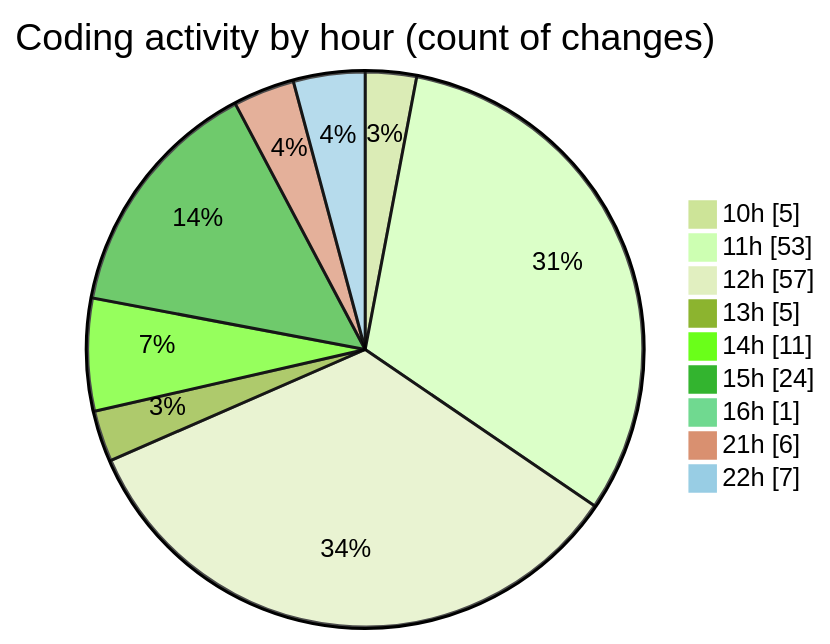
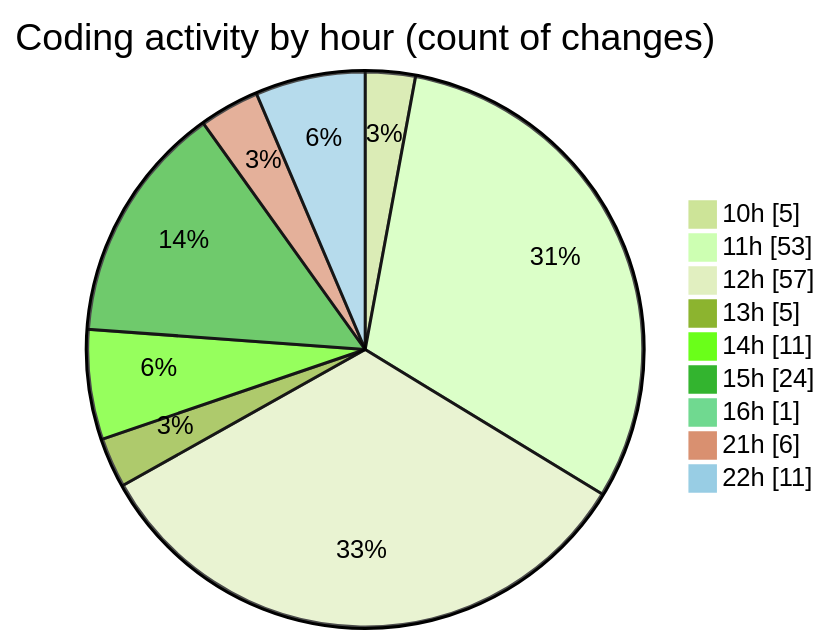
Before and after one commit to momahboobian/code-tracking: the second of 2 diagrams in 2025-06-17/cda/README.md, drawn with Mermaid (forest theme). The commit also changed other lines of this file and 1 other file, not shown here.

````diff
--- a/2025-06-17/cda/README.md
+++ b/2025-06-17/cda/README.md
@@ -59,13 +60,13 @@
 ```mermaid
 pie showData
 title Coding activity by hour (count of changes)
 "10h" : 5
 "11h" : 53
 "12h" : 57
 "13h" : 5
 "14h" : 11
 "15h" : 24
 "16h" : 1
 "21h" : 6
-"22h" : 7
+"22h" : 11
 ```
````
